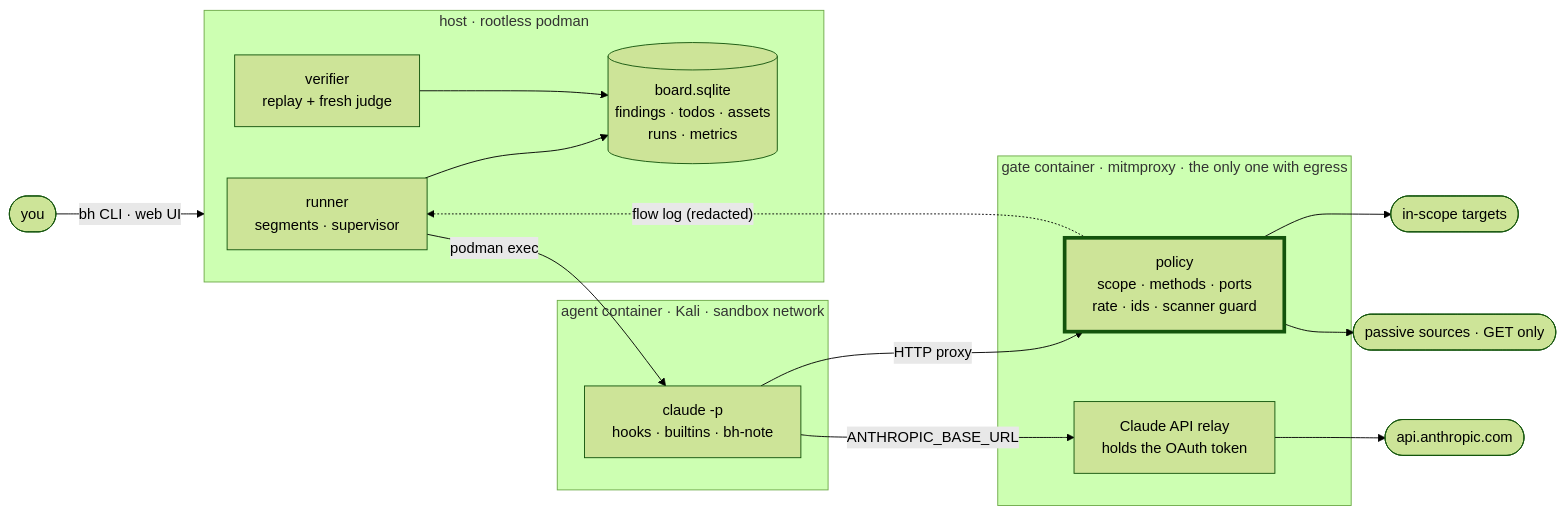
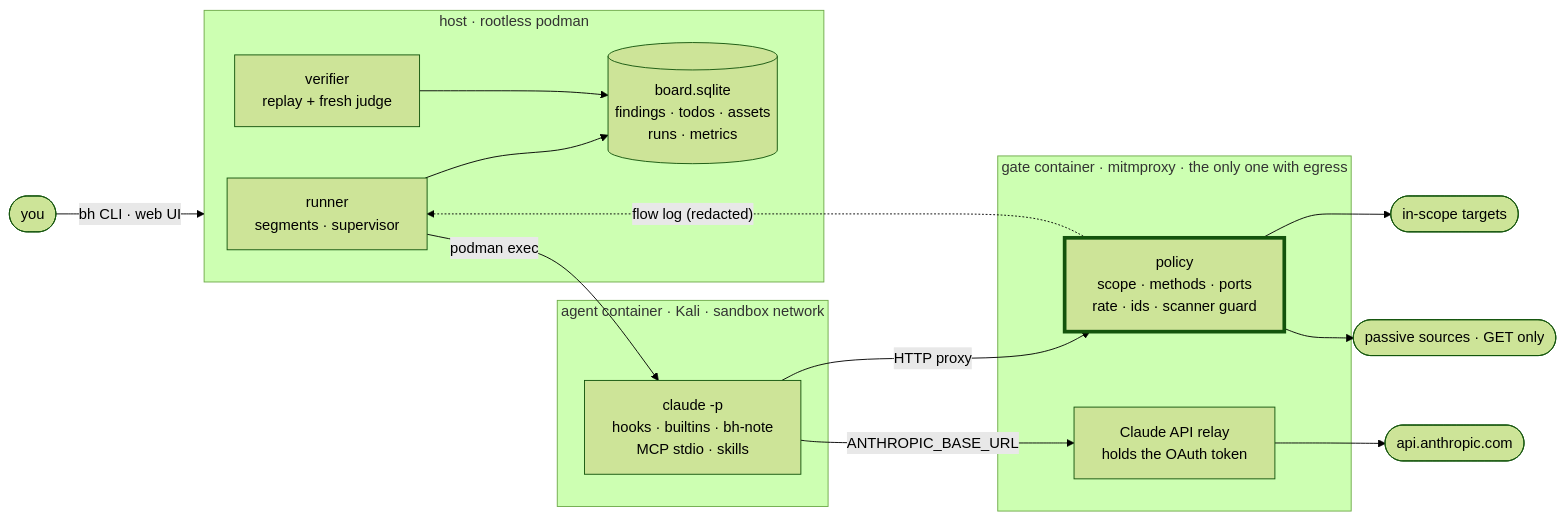
The first of 2 diagrams in README.md (Moutdili/bull-harness), drawn with Mermaid (forest theme) before and after one commit. The commit also changed other lines of this file and 6 other files, not shown here.

````diff
--- a/README.md
+++ b/README.md
@@ -8,26 +8,26 @@
 ```mermaid
 flowchart LR
   MIO(["you"]) -->|bh CLI · web UI| HOST
   subgraph HOST["host · rootless podman"]
     RUN["runner<br/>segments · supervisor"]
     VER["verifier<br/>replay + fresh judge"]
     BOARD[("board.sqlite<br/>findings · todos · assets<br/>runs · metrics")]
     RUN --> BOARD
     VER --> BOARD
   end
   subgraph AGENT["agent container · Kali · sandbox network"]
-    CC["claude -p<br/>hooks · builtins · bh-note"]
+    CC["claude -p<br/>hooks · builtins · bh-note<br/>MCP stdio · skills"]
   end
   subgraph GATE["gate container · mitmproxy · the only one with egress"]
     POL["policy<br/>scope · methods · ports<br/>rate · ids · scanner guard"]
     REL["Claude API relay<br/>holds the OAuth token"]
   end
   RUN -->|podman exec| CC
   CC -->|HTTP proxy| POL
   CC -->|ANTHROPIC_BASE_URL| REL
   POL --> TGT(["in-scope targets"])
   POL --> PAS(["passive sources · GET only"])
   REL --> API(["api.anthropic.com"])
   POL -. "flow log (redacted)" .-> RUN
   style POL stroke-width:4px
 ```
````
